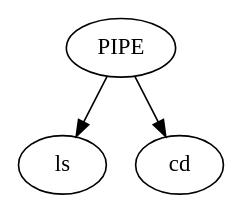
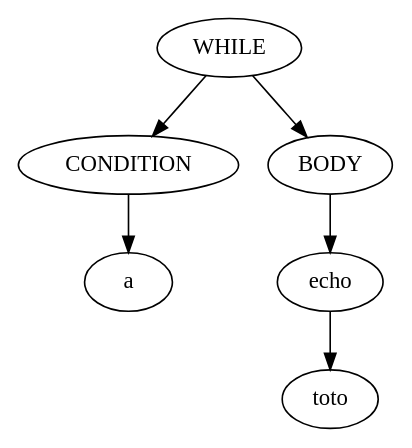
One commit to TristanBilot/42sh changed the diagram in ast.dot. Above: the diagram before and after it, drawn with Graphviz. The commit also changed 6 other files, not shown here.

```diff
--- a/ast.dot
+++ b/ast.dot
@@ -1,7 +1,13 @@
 digraph AST {
-	node_0x55b88b12c370 [label=PIPE];
-	node_0x55b88b12c8c0 [label=ls];
-	node_0x55b88b12c370 -> node_0x55b88b12c8c0;
-	node_0x55b88b12c940 [label=cd];
-	node_0x55b88b12c370 -> node_0x55b88b12c940;
+	node_0xedfa60 [label=WHILE];
+	node_0xedf050 [label=CONDITION];
+	node_0xedfa60 -> node_0xedf050;
+	node_0xedf510 [label=a];
+	node_0xedf050 -> node_0xedf510;
+	node_0xedf530 [label=BODY];
+	node_0xedfa60 -> node_0xedf530;
+	node_0xedf600 [label=echo];
+	node_0xedf530 -> node_0xedf600;
+	node_0xedf620 [label=toto];
+	node_0xedf600 -> node_0xedf620;
 }
```
